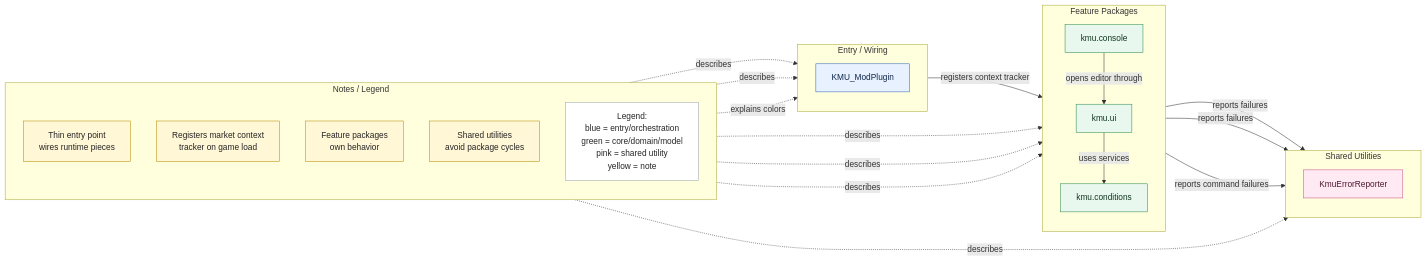
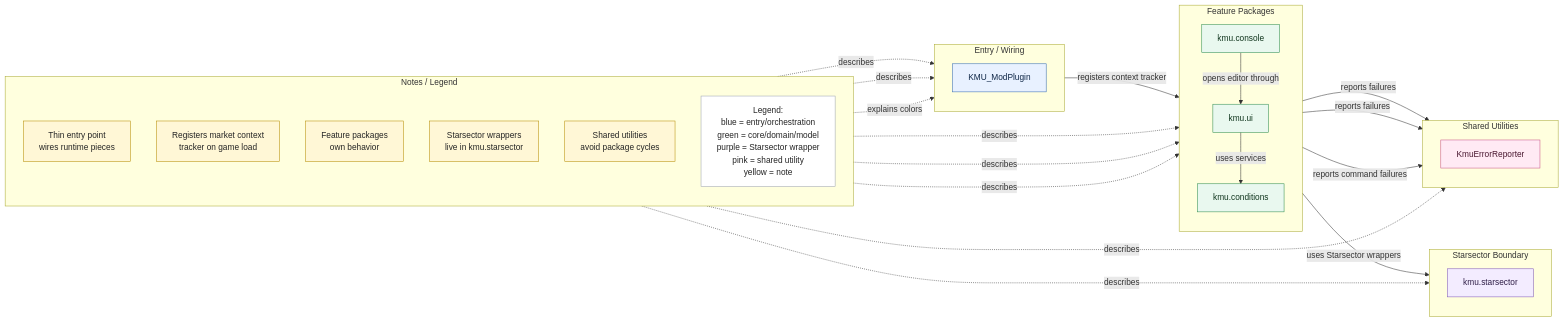
One commit to Klark-Morrigan/Starsector-Mod-KMU changed the diagram in src/main/java/kmu/kmu.mmd. Above: the diagram before and after it, drawn with Mermaid. The commit also changed 19 other files, not shown here.

```diff
--- a/src/main/java/kmu/kmu.mmd
+++ b/src/main/java/kmu/kmu.mmd
@@ -1,59 +1,68 @@
 flowchart LR
     subgraph Meta["Notes / Legend"]
         direction TB
         ThinPlugin["Thin entry point<br/>wires runtime pieces"]
         TrackerNote["Registers market context<br/>tracker on game load"]
         PackageRules["Feature packages<br/>own behavior"]
+        StarsectorRule["Starsector wrappers<br/>live in kmu.starsector"]
         SharedRule["Shared utilities<br/>avoid package cycles"]
-        Legend["Legend:<br/>blue = entry/orchestration<br/>green = core/domain/model<br/>pink = shared utility<br/>yellow = note"]
+        Legend["Legend:<br/>blue = entry/orchestration<br/>green = core/domain/model<br/>purple = Starsector wrapper<br/>pink = shared utility<br/>yellow = note"]
     end
 
     subgraph Entry["Entry / Wiring"]
         direction TB
         Plugin["KMU_ModPlugin"]
     end
 
     subgraph Features["Feature Packages"]
         direction TB
         UI["kmu.ui"]
         Conditions["kmu.conditions"]
         Console["kmu.console"]
     end
 
+    subgraph StarsectorBoundary["Starsector Boundary"]
+        direction TB
+        Starsector["kmu.starsector"]
+    end
+
     subgraph Shared["Shared Utilities"]
         direction TB
         Reporter["KmuErrorReporter"]
     end
 
     ThinPlugin -. describes .-> Plugin
     TrackerNote -. describes .-> Plugin
     PackageRules -. describes .-> UI
     PackageRules -. describes .-> Conditions
     PackageRules -. describes .-> Console
+    StarsectorRule -. describes .-> Starsector
     SharedRule -. describes .-> Reporter
     Legend -. explains colors .-> Plugin
 
     Plugin -->|registers context tracker| UI
 
     Console -->|opens editor through| UI
     UI -->|uses services| Conditions
+    UI -->|uses Starsector wrappers| Starsector
     UI -->|reports failures| Reporter
 
     Conditions -->|reports failures| Reporter
     Console -->|reports command failures| Reporter
 
     classDef note fill:#fff7d6,stroke:#b58b00,color:#242424
     classDef legend fill:#ffffff,stroke:#9ca3af,color:#242424
     classDef orchestration fill:#e8f1ff,stroke:#2f67b1,color:#0f2747
     classDef core fill:#e9f8ef,stroke:#2b8a4b,color:#10351d
     classDef value fill:#eef8ff,stroke:#3b82a0,color:#113247
     classDef port fill:#fff0e6,stroke:#c76a24,color:#4a2108
     classDef adapter fill:#f3ecff,stroke:#7b55b7,color:#2d1c45
     classDef external fill:#f3f4f6,stroke:#6b7280,color:#1f2937
     classDef shared fill:#ffeaf4,stroke:#c75186,color:#4a1830
 
-    class ThinPlugin,TrackerNote,PackageRules,SharedRule note
+    class ThinPlugin,TrackerNote,PackageRules,StarsectorRule,SharedRule note
     class Legend legend
     class Plugin orchestration
     class UI,Conditions,Console core
+    class Starsector adapter
     class Reporter shared
```
